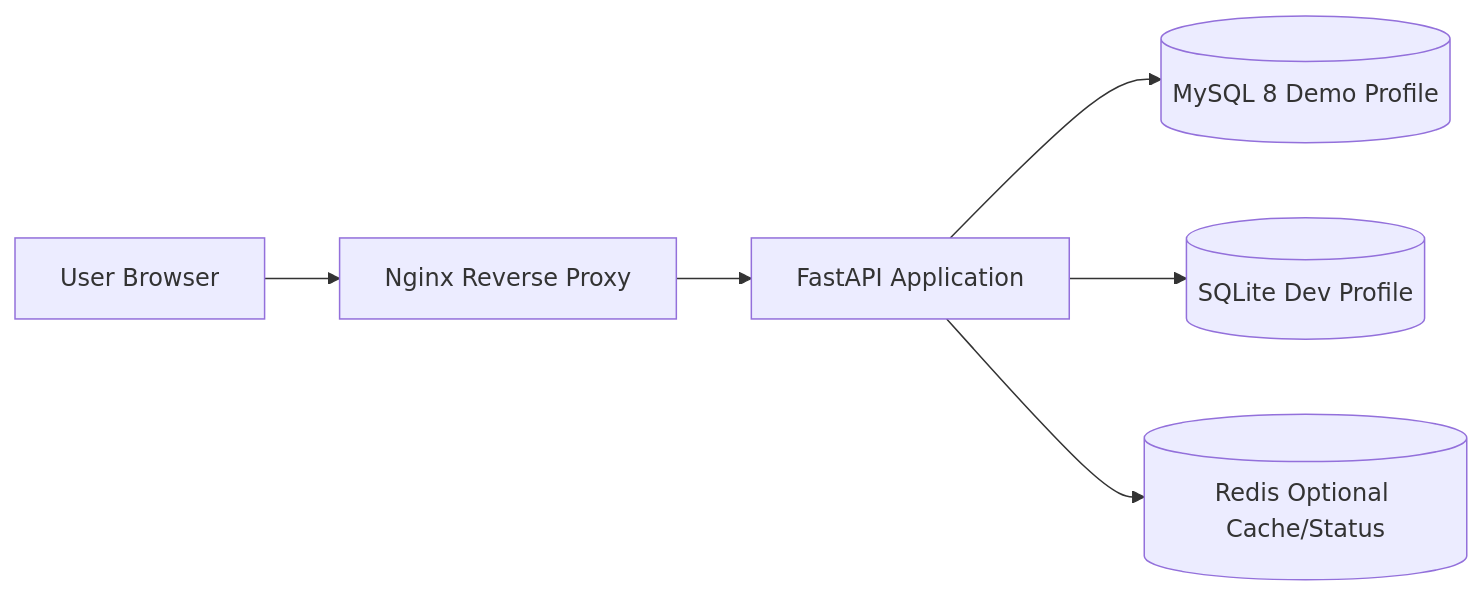
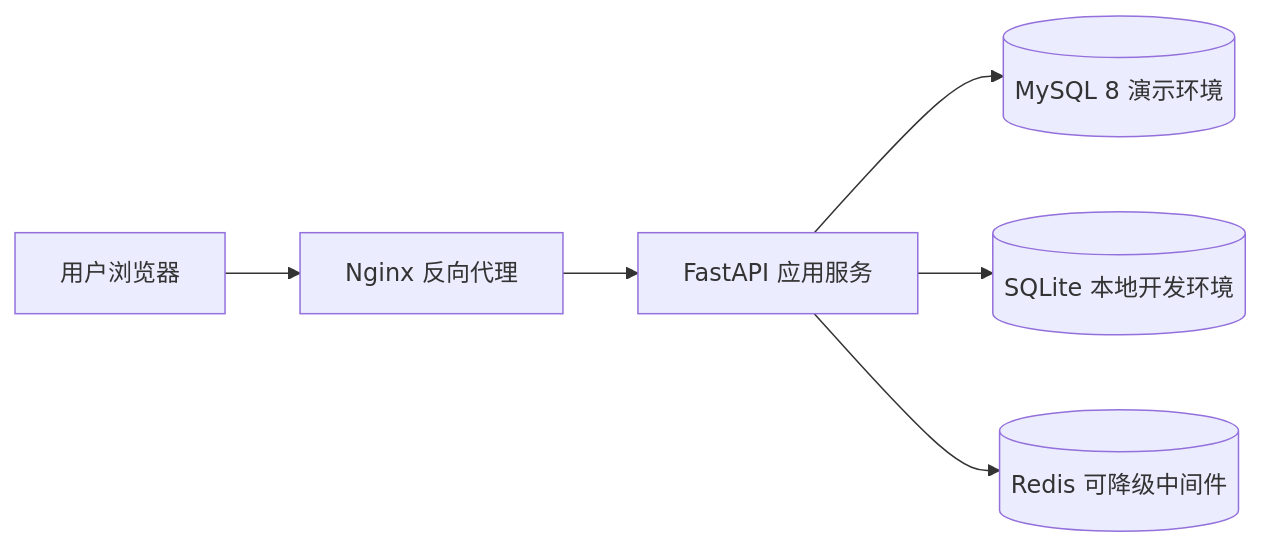
Before and after one commit to yangzhenheng/ERP-Implementation-Delivery-Lab: the first of 2 diagrams in README.md, drawn with Mermaid. The commit also changed other lines of this file and 43 other files, not shown here.

````diff
--- a/README.md
+++ b/README.md
@@ -19,8 +26,8 @@
 ```mermaid
 flowchart LR
-    User[User Browser] --> Nginx[Nginx Reverse Proxy]
-    Nginx --> API[FastAPI Application]
-    API --> MySQL[(MySQL 8 Demo Profile)]
-    API --> SQLite[(SQLite Dev Profile)]
-    API --> Redis[(Redis Optional Cache/Status)]
+    User[用户浏览器] --> Nginx[Nginx 反向代理]
+    Nginx --> API[FastAPI 应用服务]
+    API --> MySQL[(MySQL 8 演示环境)]
+    API --> SQLite[(SQLite 本地开发环境)]
+    API --> Redis[(Redis 可降级中间件)]
 ```
````
